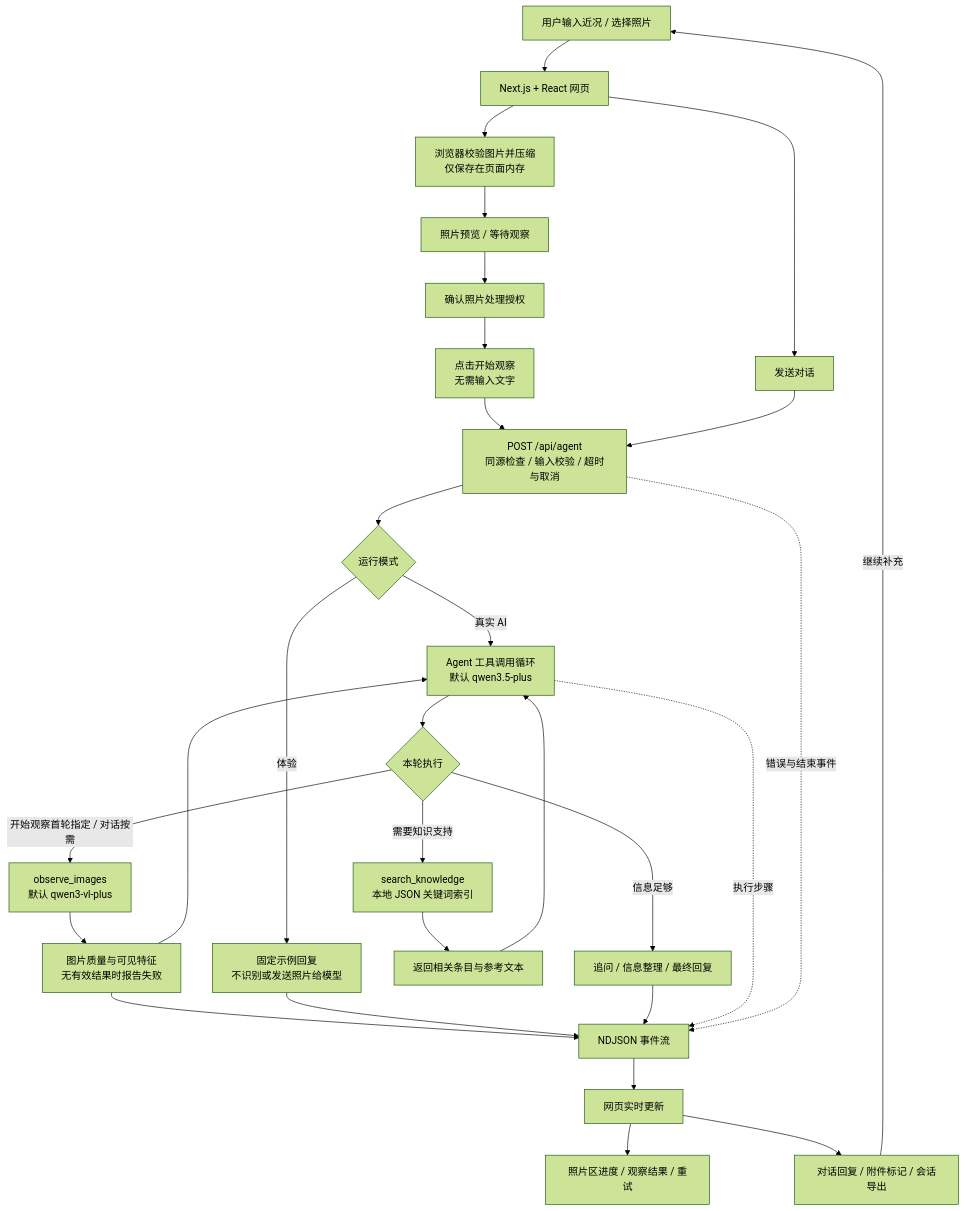
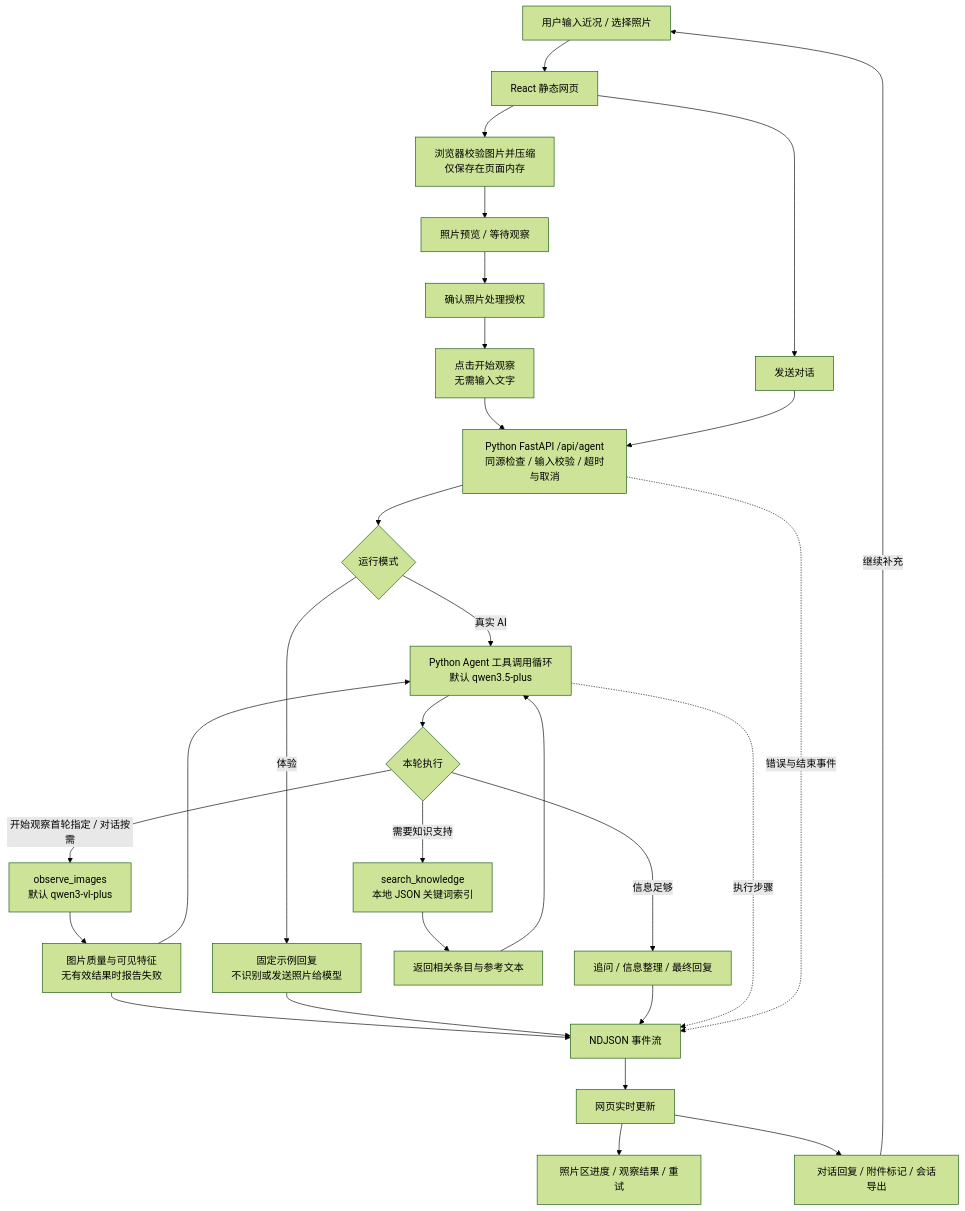
One commit to jeremy-nbd/guanshe-agent changed the diagram in README.md. Above: the diagram before and after it, drawn with Mermaid (forest theme). The commit also changed other lines of this file and 60 other files, not shown here.

Commit message:
feat: migrate agent runtime to Python and add portfolio documentation

````diff
--- a/README.md
+++ b/README.md
@@ -12,31 +34,31 @@
 ```mermaid
 flowchart TD
-    User[用户输入近况 / 选择照片] --> Web[Next.js + React 网页]
+    User[用户输入近况 / 选择照片] --> Web[React 静态网页]
     Web --> Photo[浏览器校验图片并压缩<br/>仅保存在页面内存]
     Photo --> Ready[照片预览 / 等待观察]
     Ready --> Consent[确认照片处理授权]
     Consent --> Observe[点击开始观察<br/>无需输入文字]
     Web --> Chat[发送对话]
-    Observe --> API[POST /api/agent<br/>同源检查 / 输入校验 / 超时与取消]
+    Observe --> API[Python FastAPI /api/agent<br/>同源检查 / 输入校验 / 超时与取消]
     Chat --> API
     API --> Mode{运行模式}
     Mode -->|体验| Demo[固定示例回复<br/>不识别或发送照片给模型]
-    Mode -->|真实 AI| Agent[Agent 工具调用循环<br/>默认 qwen3.5-plus]
+    Mode -->|真实 AI| Agent[Python Agent 工具调用循环<br/>默认 qwen3.5-plus]
     Agent --> Choice{本轮执行}
     Choice -->|开始观察首轮指定 / 对话按需| Vision[observe_images<br/>默认 qwen3-vl-plus]
     Vision --> Observation[图片质量与可见特征<br/>无有效结果时报告失败]
     Observation --> Agent
     Choice -->|需要知识支持| Search[search_knowledge<br/>本地 JSON 关键词索引]
     Search --> Reference[返回相关条目与参考文本]
     Reference --> Agent
     Choice -->|信息足够| Answer[追问 / 信息整理 / 最终回复]
     Observation --> Stream[NDJSON 事件流]
     Demo --> Stream
     Answer --> Stream
     Agent -.执行步骤.-> Stream
     API -.错误与结束事件.-> Stream
     Stream --> UI[网页实时更新]
     UI --> Panel[照片区进度 / 观察结果 / 重试]
     UI --> Conversation[对话回复 / 附件标记 / 会话导出]
     Conversation -->|继续补充| User
 ```
````
